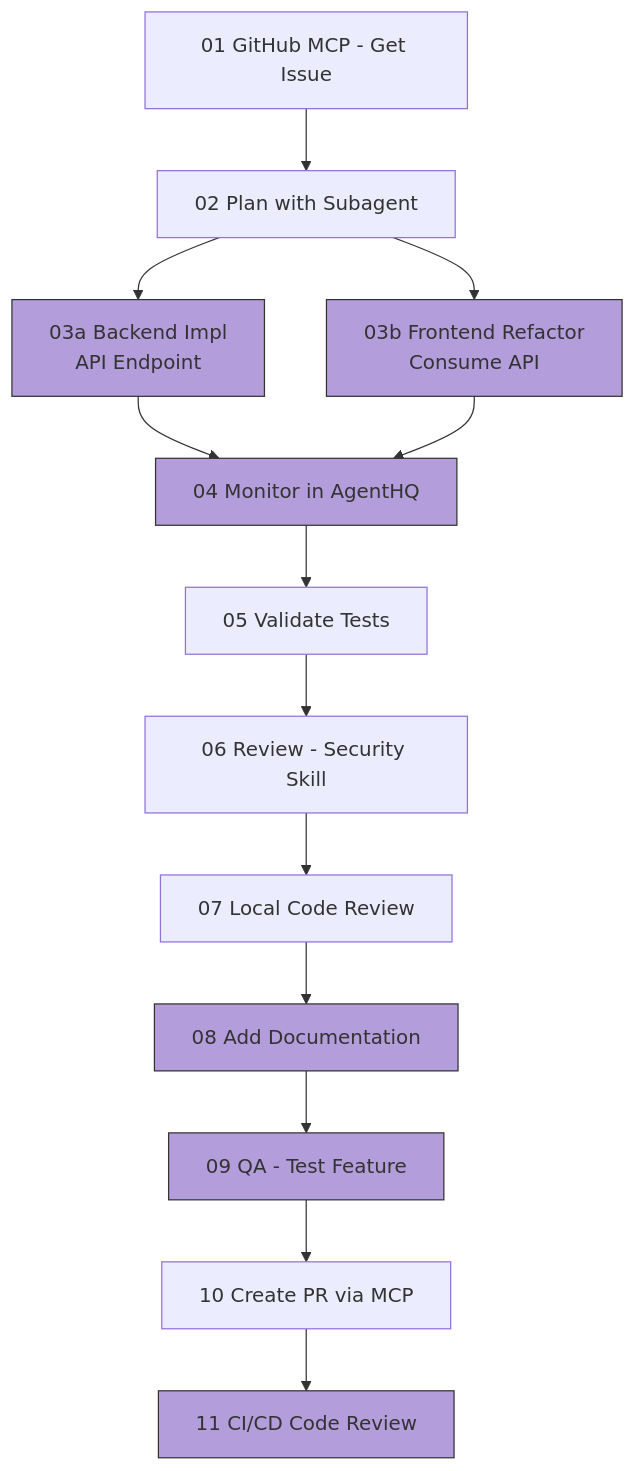
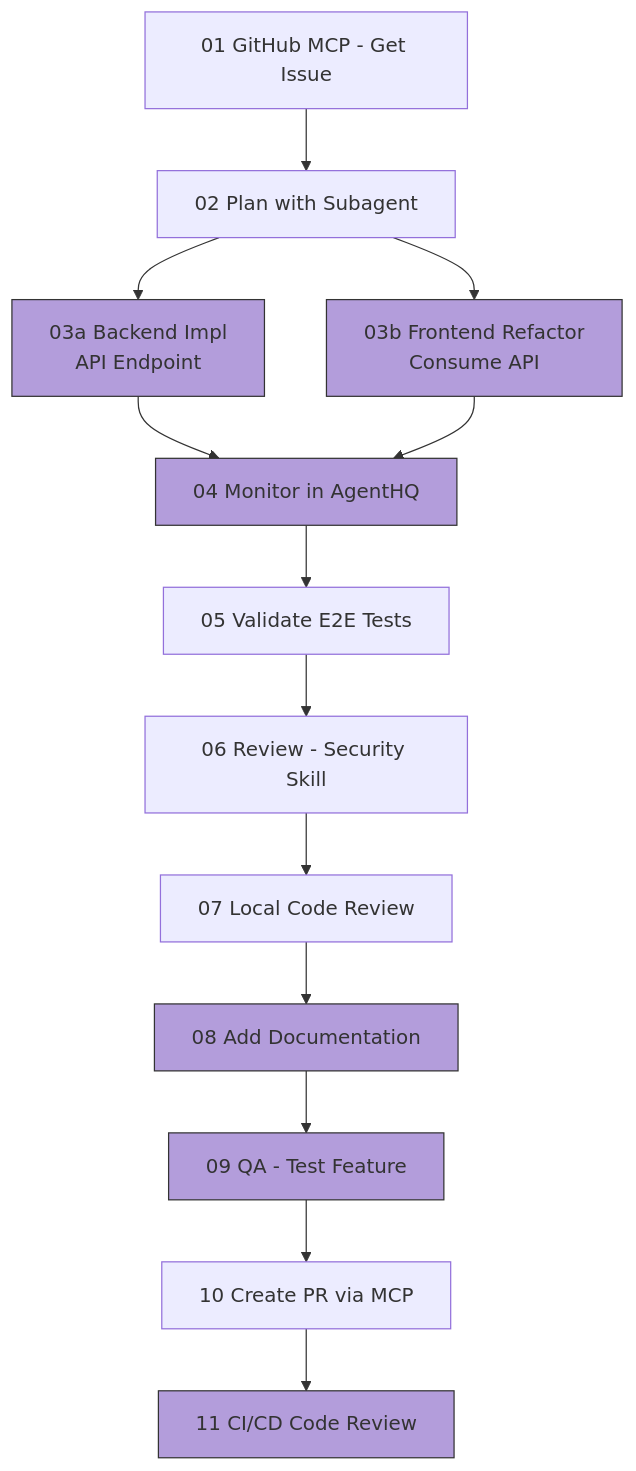
One commit to yoelcommit/copilot-ts-workshop-two changed the diagram in .github/DEMOFLOW3.md. Above: the diagram before and after it, drawn with Mermaid. The commit also changed other lines of this file and 5 other files, not shown here.

````diff
--- a/.github/DEMOFLOW3.md
+++ b/.github/DEMOFLOW3.md
@@ -19,24 +20,24 @@
 ```mermaid
 graph TD
     A[01 GitHub MCP - Get Issue] --> B[02 Plan with Subagent]
     B --> D1["03a Backend Impl<br/>API Endpoint"]
     B --> D2["03b Frontend Refactor<br/>Consume API"]
     
     D1 --> E[04 Monitor in AgentHQ]
     D2 --> E
     
-    E --> F[05 Validate Tests]
+    E --> F[05 Validate E2E Tests]
     F --> G[06 Review - Security Skill]
     G --> H[07 Local Code Review]
     H --> I[08 Add Documentation]
     I --> QA[09 QA - Test Feature]
     QA --> J[10 Create PR via MCP]
     J --> K[11 CI/CD Code Review]
     
     style D1 fill:#b39ddb,stroke:#333
     style D2 fill:#b39ddb,stroke:#333
     style E fill:#b39ddb,stroke:#333
     style I fill:#b39ddb,stroke:#333
     style QA fill:#b39ddb,stroke:#333
     style K fill:#b39ddb,stroke:#333
 ```
````
